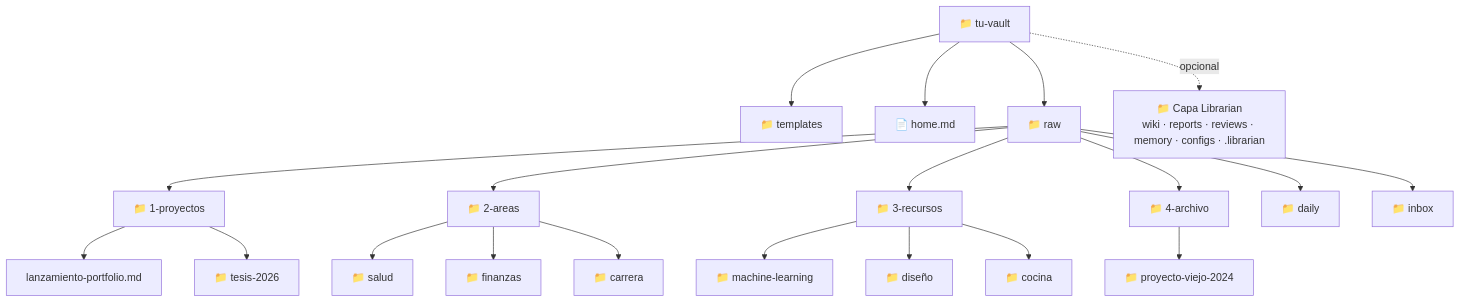
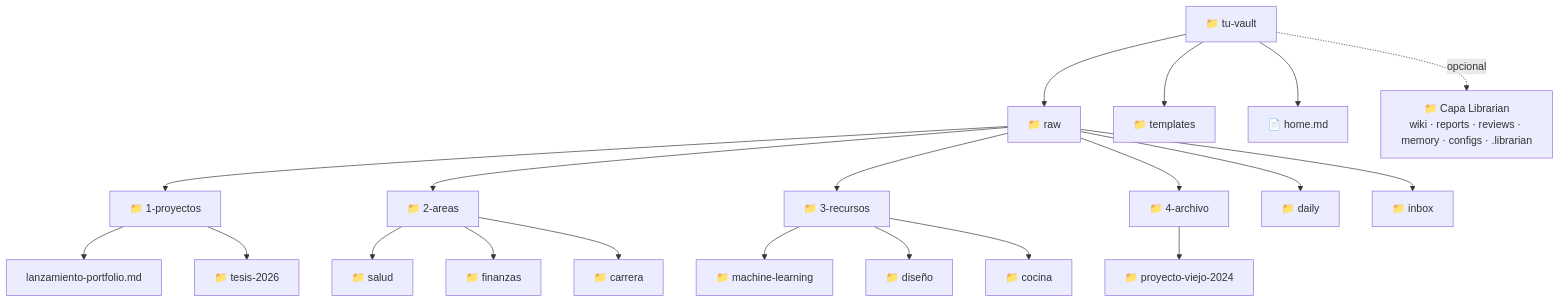
The first of 2 diagrams in second-brain/guides/es/04-vault-structure.md (VanessaPellegrini/second-brain-ecosystem), drawn with Mermaid before and after one commit. The commit also changed other lines of this file and 6 other files, not shown here.

First line of the commit message:
docs: align vault structure — PARA/daily/inbox now inside raw/

````diff
--- a/second-brain/guides/es/04-vault-structure.md
+++ b/second-brain/guides/es/04-vault-structure.md
@@ -20,24 +20,24 @@
 ```mermaid
 graph TD
-    Vault[📁 tu-vault] --> T[📁 templates]
+    Vault[📁 tu-vault] --> Raw[📁 raw]
+    Vault --> T[📁 templates]
     Vault --> H[📄 home.md]
-    Vault --> Raw[📁 raw]
     Vault -. opcional .-> AI[📁 Capa Librarian<br/>wiki · reports · reviews · memory · configs · .librarian]
 
     Raw --> P[📁 1-proyectos]
     Raw --> A[📁 2-areas]
     Raw --> R[📁 3-recursos]
     Raw --> Arc[📁 4-archivo]
     Raw --> D[📁 daily]
     Raw --> In[📁 inbox]
 
     P --> P1[lanzamiento-portfolio.md]
     P --> P2[📁 tesis-2026]
     A --> A1[📁 salud]
     A --> A2[📁 finanzas]
     A --> A3[📁 carrera]
     R --> R1[📁 machine-learning]
     R --> R2[📁 diseño]
     R --> R3[📁 cocina]
     Arc --> Arc1[📁 proyecto-viejo-2024]
 ```
````
